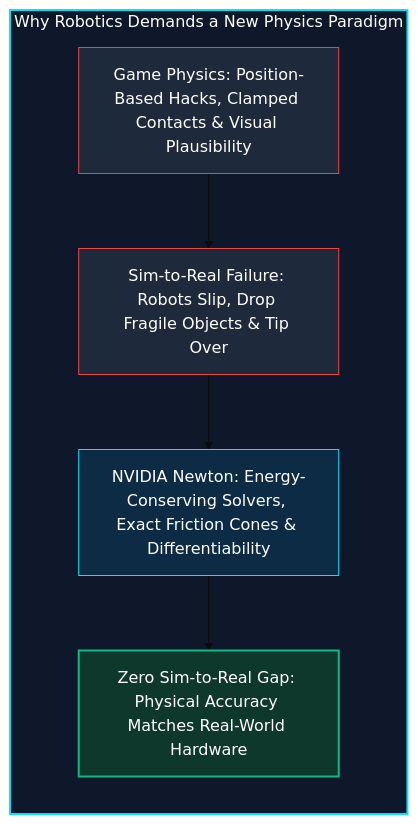
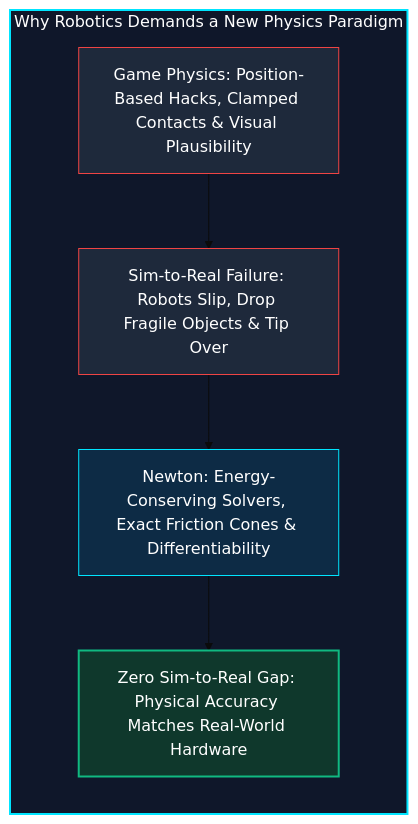
One commit to narenandu/narenvadapalli_dot_com changed the third of 5 diagrams in contents/blog/0091-inside-nvidia-newton-differentiable-physics-engine/index.md. Above: the diagram before and after it, drawn with Mermaid (base theme). The commit also changed other lines of this file and 1 other file, not shown here.

Commit message:
fix(blog): update Newton naming and remove part number from title (0091)

````diff
--- a/contents/blog/0091-inside-nvidia-newton-differentiable-physics-engine/index.md
+++ b/contents/blog/0091-inside-nvidia-newton-differentiable-physics-engine/index.md
@@ -92,15 +92,15 @@
 ```mermaid
 flowchart TD
     subgraph GameVsRobotics["Why Robotics Demands a New Physics Paradigm"]
         direction TB
         G1["Game Physics: Position-Based Hacks, Clamped Contacts & Visual Plausibility"]
         G1 --> G2["Sim-to-Real Failure: Robots Slip, Drop Fragile Objects & Tip Over"]
-        G2 --> R1["NVIDIA Newton: Energy-Conserving Solvers, Exact Friction Cones & Differentiability"]
+        G2 --> R1["Newton: Energy-Conserving Solvers, Exact Friction Cones & Differentiability"]
         R1 --> R2["Zero Sim-to-Real Gap: Physical Accuracy Matches Real-World Hardware"]
     end
     style GameVsRobotics fill:#0f172a,stroke:#00e5ff,stroke-width:2px,color:#ffffff
     style G1 fill:#1e293b,stroke:#ef4444,stroke-width:1px,color:#ffffff
     style G2 fill:#1e293b,stroke:#ef4444,stroke-width:1px,color:#ffffff
     style R1 fill:#0d2b45,stroke:#00e5ff,stroke-width:1px,color:#ffffff
     style R2 fill:#0f382c,stroke:#10b981,stroke-width:2px,color:#ffffff
 ```
````
